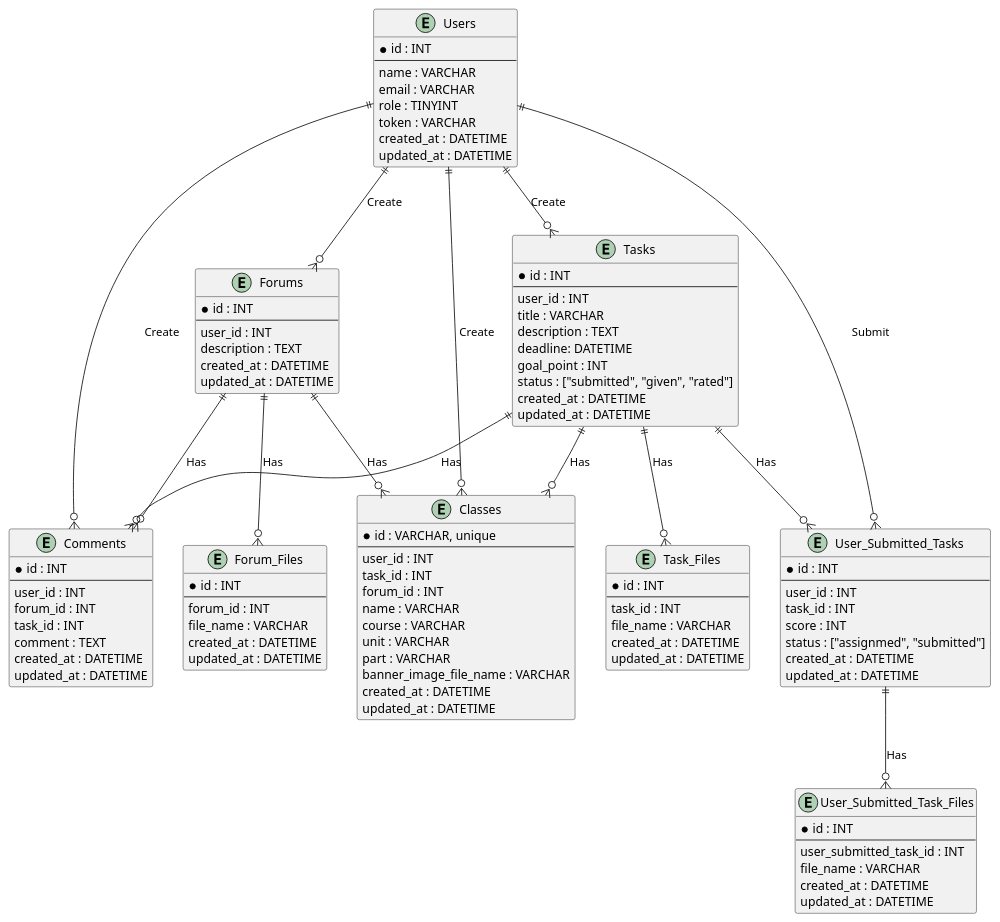
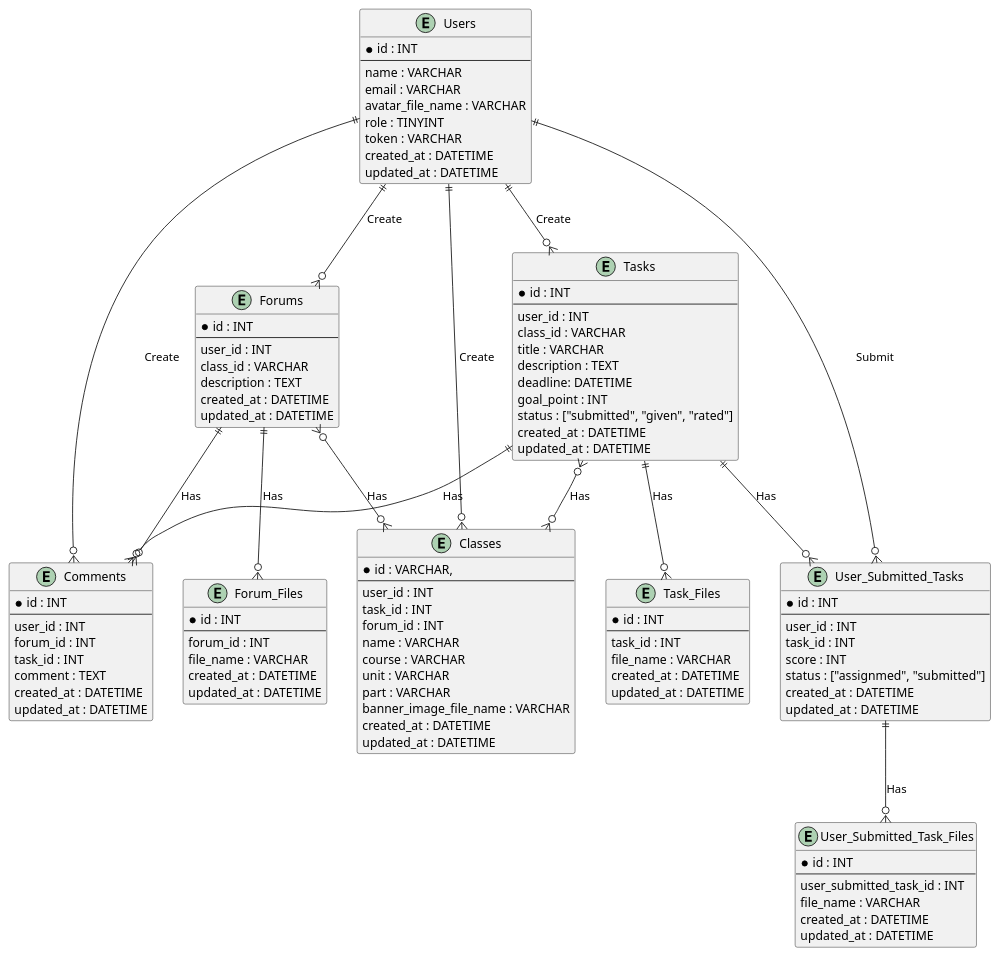
Before and after one commit to sahibul-nf/elearning-api: the diagram in docs/NewERD.md, drawn with PlantUML.

Commit message:
👌 UPDATE: NewERD Document

```diff
--- a/docs/NewERD.md
+++ b/docs/NewERD.md
@@ -18,6 +18,7 @@
         --
         name : VARCHAR
         email : VARCHAR
+        avatar_file_name : VARCHAR
         role : TINYINT
         token : VARCHAR
         created_at : DATETIME
@@ -27,7 +28,6 @@
     entity Comments {
         *id : INT
         --
-        ' class_id : INT
         user_id : INT
         forum_id : INT
         task_id : INT      
@@ -37,7 +37,7 @@
     }
 
     entity Classes {
-        *id : VARCHAR, unique
+        *id : VARCHAR,
         --
         user_id : INT
         task_id : INT
@@ -55,6 +55,7 @@
         *id : INT
         --
         user_id : INT
+        class_id : VARCHAR
         description : TEXT
         created_at : DATETIME
         updated_at : DATETIME
@@ -73,6 +74,7 @@
         *id : INT
         --
         user_id : INT
+        class_id : VARCHAR
         title : VARCHAR
         description : TEXT
         deadline: DATETIME
@@ -95,7 +97,6 @@
         *id : INT
         --
         user_id : INT
-        ' user_submitted_class_id : INT
         task_id : INT
         score : INT
         status : ["assignmed", "submitted"]
@@ -113,8 +114,8 @@
     }
 
     Users ||--o{ Classes : Create
-    Tasks ||--o{ Classes : Has
-    Forums ||--o{ Classes : Has
+    Tasks }o--o{ Classes : Has
+    Forums }o--o{ Classes : Has
 
     Users ||--o{ Forums : Create
 
```
